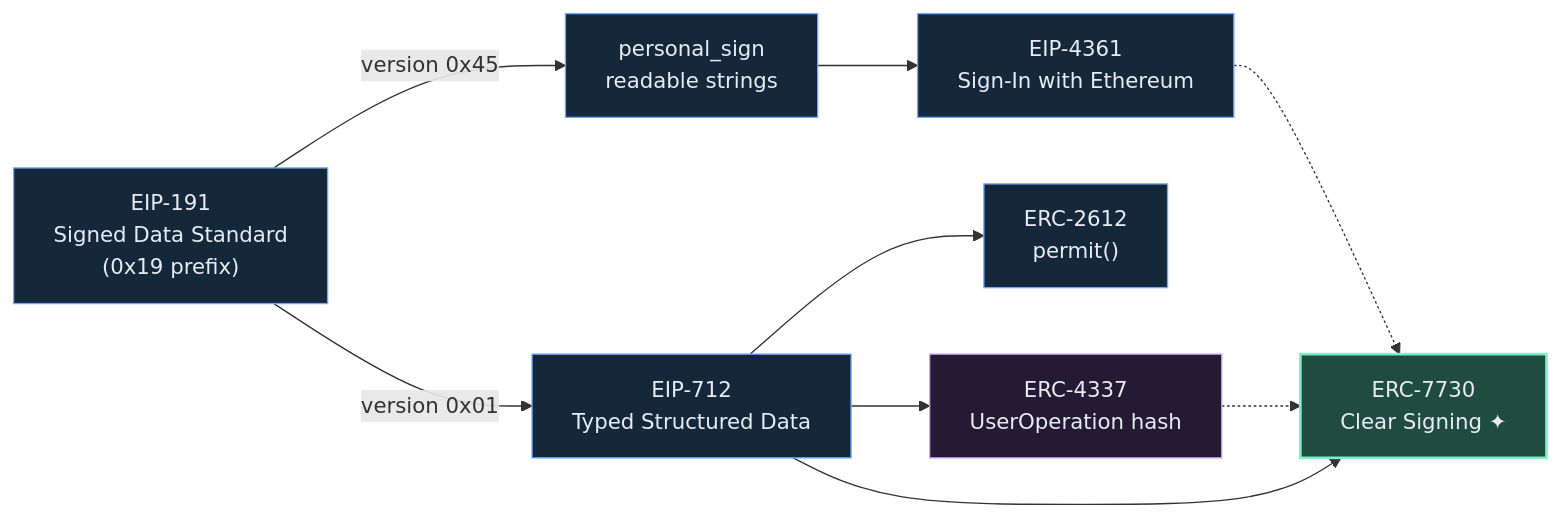
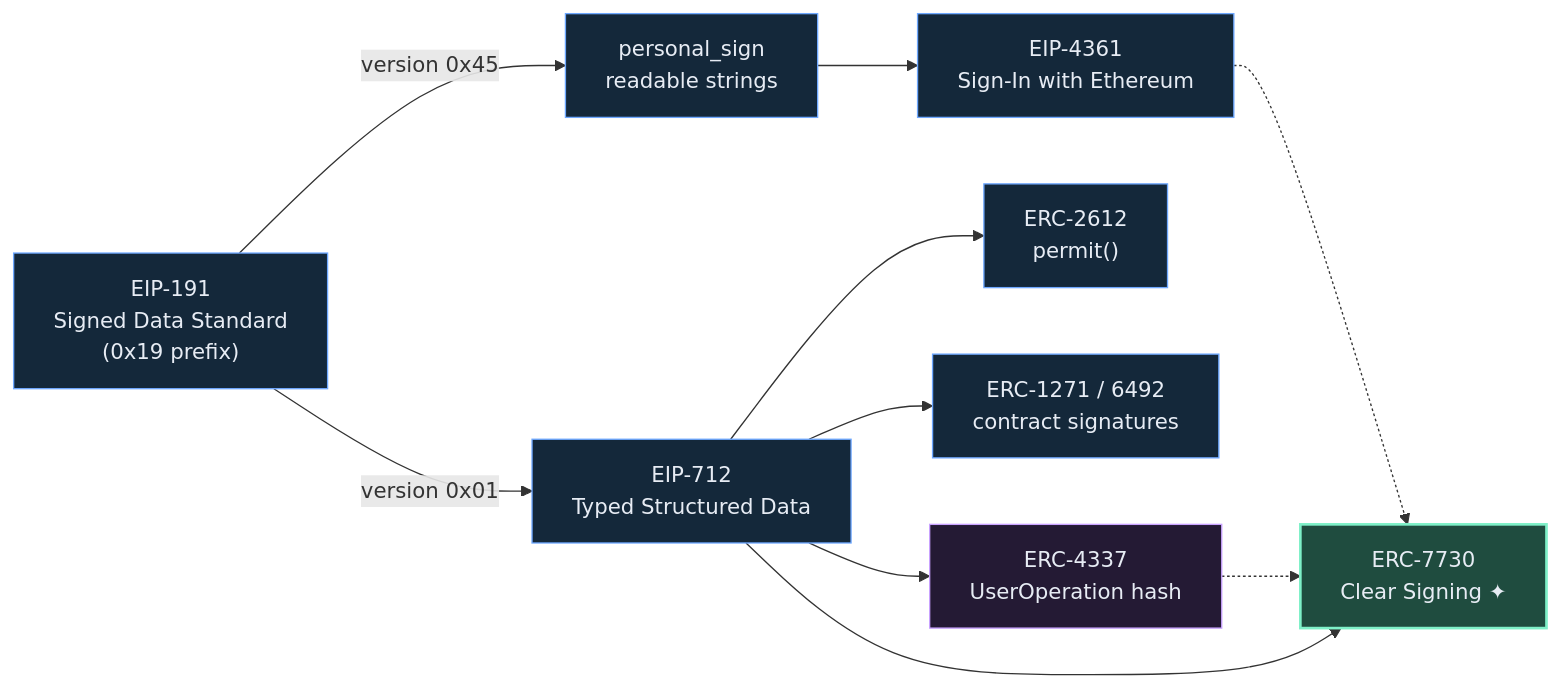
Before and after one commit to Dansgit2b/awesome-clear-signing: the first of 3 diagrams in README.md, drawn with Mermaid. The commit also changed other lines of this file and 1 other file, not shown here.

````diff
--- a/README.md
+++ b/README.md
@@ -50,19 +65,20 @@
 ```mermaid
 graph LR
   191["EIP-191<br/>Signed Data Standard<br/>(0x19 prefix)"]
   191 -->|"version 0x45"| PS["personal_sign<br/>readable strings"]
   191 -->|"version 0x01"| 712["EIP-712<br/>Typed Structured Data"]
   PS --> 4361["EIP-4361<br/>Sign-In with Ethereum"]
   712 --> 2612["ERC-2612<br/>permit()"]
+  712 --> 1271["ERC-1271 / 6492<br/>contract signatures"]
   712 --> 4337["ERC-4337<br/>UserOperation hash"]
   712 --> 7730["ERC-7730<br/>Clear Signing ✦"]
   4361 -.-> 7730
   4337 -.-> 7730
 
   classDef sign fill:#14283a,stroke:#6ea8ff,color:#e7ecf4;
   classDef aa fill:#241a34,stroke:#c9a2ff,color:#e7ecf4;
   classDef cs fill:#1f4c3f,stroke:#7ef0c8,color:#e7ecf4,stroke-width:2px;
-  class 191,PS,712,4361,2612 sign;
+  class 191,PS,712,4361,2612,1271 sign;
   class 4337 aa;
   class 7730 cs;
 ```
````
